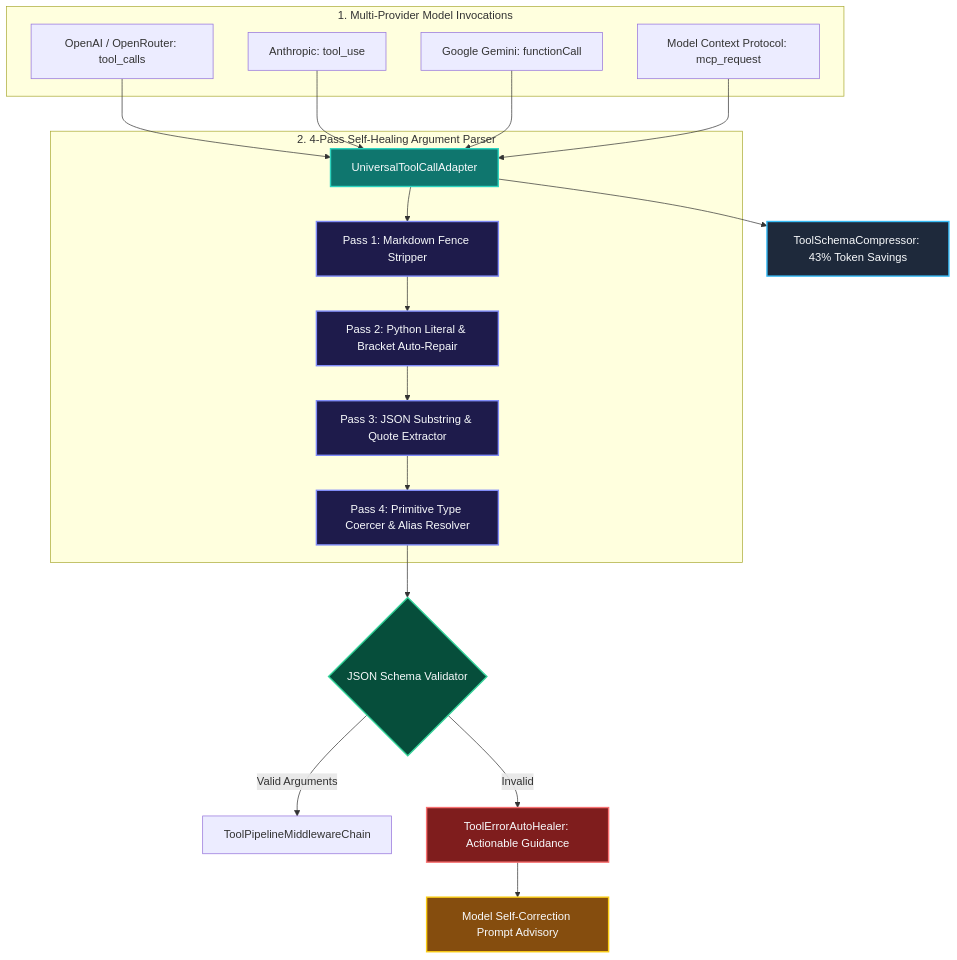
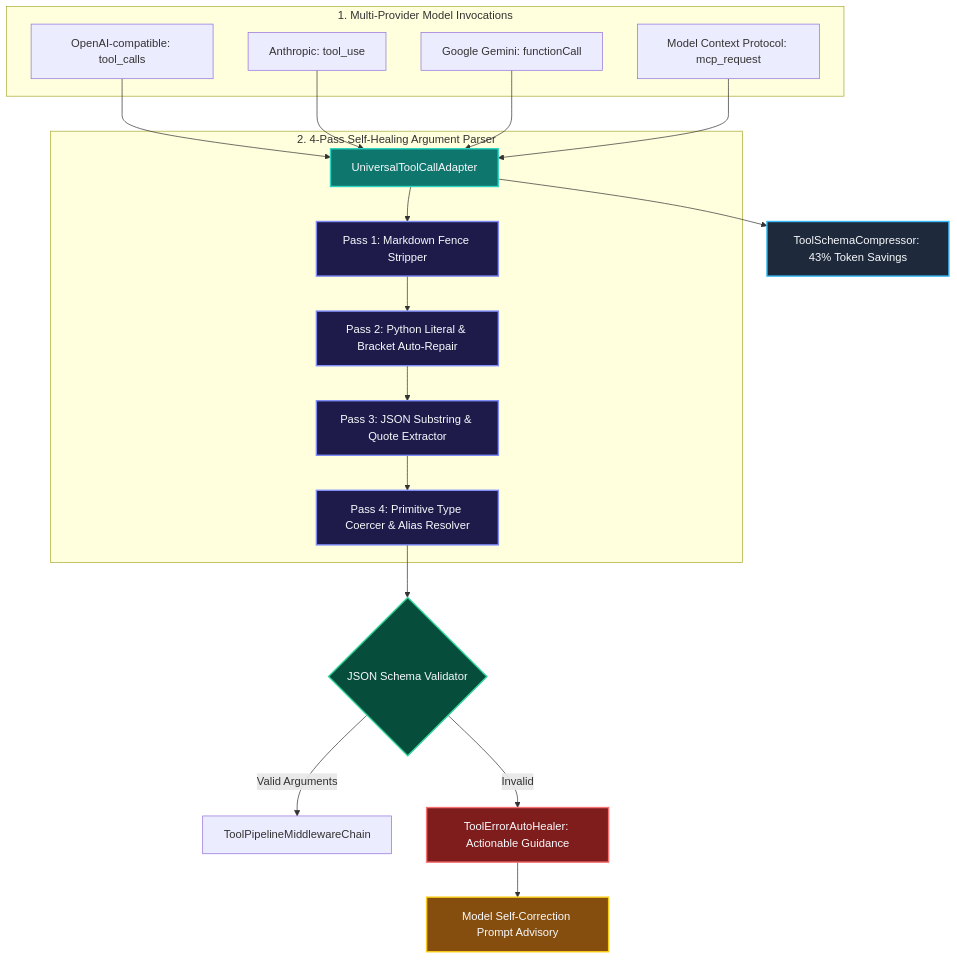
The fifth of 7 diagrams in docs/ARCHITECTURE_DIAGRAMS.md (CardSorting/HEAV3NS), drawn with Mermaid before and after one commit. The commit also changed 680 other files, not shown here.

Commit message:
Remove OpenRouter and VSIX frontend support

````diff
--- a/docs/ARCHITECTURE_DIAGRAMS.md
+++ b/docs/ARCHITECTURE_DIAGRAMS.md
@@ -256,34 +256,34 @@
 ```mermaid
 flowchart TD
     subgraph "1. Multi-Provider Model Invocations"
-        M1[OpenAI / OpenRouter: tool_calls]
+        M1[OpenAI-compatible: tool_calls]
         M2[Anthropic: tool_use]
         M3[Google Gemini: functionCall]
         M4[Model Context Protocol: mcp_request]
     end
 
     M1 & M2 & M3 & M4 --> UA[UniversalToolCallAdapter]
     UA --> SC[ToolSchemaCompressor: 43% Token Savings]
     
     subgraph "2. 4-Pass Self-Healing Argument Parser"
         UA --> P1[Pass 1: Markdown Fence Stripper]
         P1 --> P2[Pass 2: Python Literal & Bracket Auto-Repair]
         P2 --> P3[Pass 3: JSON Substring & Quote Extractor]
         P3 --> P4[Pass 4: Primitive Type Coercer & Alias Resolver]
     end
 
     P4 --> VAL{JSON Schema Validator}
     VAL -->|Valid Arguments| MID[ToolPipelineMiddlewareChain]
     VAL -->|Invalid| HEAL[ToolErrorAutoHealer: Actionable Guidance]
     HEAL --> ADVISORY[Model Self-Correction Prompt Advisory]
 
     style UA fill:#0f766e,stroke:#2dd4bf,stroke-width:2px,color:#f8fafc
     style SC fill:#1e293b,stroke:#38bdf8,stroke-width:2px,color:#f8fafc
     style P1 fill:#1e1b4b,stroke:#818cf8,stroke-width:2px,color:#f8fafc
     style P2 fill:#1e1b4b,stroke:#818cf8,stroke-width:2px,color:#f8fafc
     style P3 fill:#1e1b4b,stroke:#818cf8,stroke-width:2px,color:#f8fafc
     style P4 fill:#1e1b4b,stroke:#818cf8,stroke-width:2px,color:#f8fafc
     style VAL fill:#064e3b,stroke:#34d399,stroke-width:2px,color:#f8fafc
     style HEAL fill:#7f1d1d,stroke:#f87171,stroke-width:2px,color:#f8fafc
     style ADVISORY fill:#854d0e,stroke:#facc15,stroke-width:2px,color:#f8fafc
 ```
````
